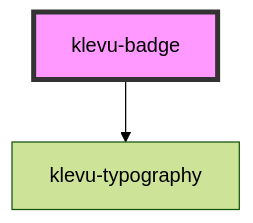
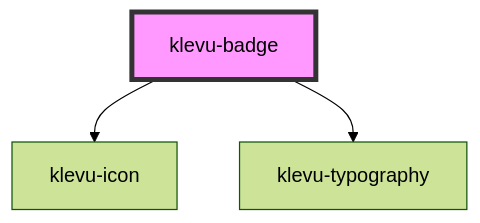
One commit to klevultd/frontend-sdk changed the diagram in packages/klevu-ui/src/components/klevu-badge/readme.md. Above: the diagram before and after it, drawn with Mermaid (forest theme). The commit also changed other lines of this file and 80 other files, not shown here.

Commit message:
Create a klevu-icon component

````diff
--- a/packages/klevu-ui/src/components/klevu-badge/readme.md
+++ b/packages/klevu-ui/src/components/klevu-badge/readme.md
@@ -49,5 +43,6 @@
 ```mermaid
 graph TD;
+  klevu-badge --> klevu-icon
   klevu-badge --> klevu-typography
   style klevu-badge fill:#f9f,stroke:#333,stroke-width:4px
 ```
````
